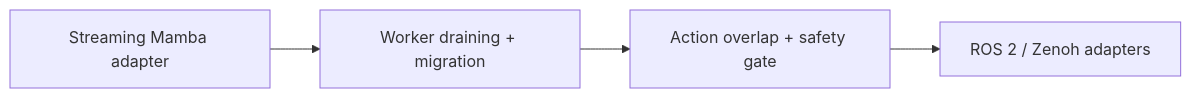
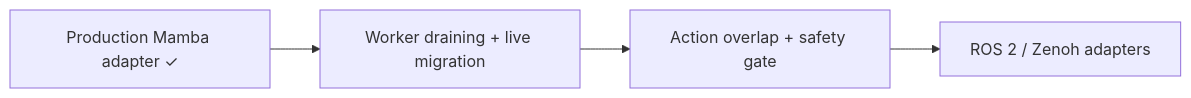
Before and after one commit to elprofesoriqo/FlowEdge: the diagram in docs/roadmap.md, drawn with Mermaid. The commit also changed other lines of this file and 13 other files, not shown here.

Commit message:
docs(relay): publish Mamba streaming workflow

````diff
--- a/docs/roadmap.md
+++ b/docs/roadmap.md
@@ -15,6 +15,6 @@
 ```{mermaid}
 flowchart LR
-  M[Streaming Mamba adapter] --> G[Worker draining + migration]
+  M[Production Mamba adapter ✓] --> G[Worker draining + live migration]
   G --> A[Action overlap + safety gate]
   A --> R[ROS 2 / Zenoh adapters]
 ```
````
